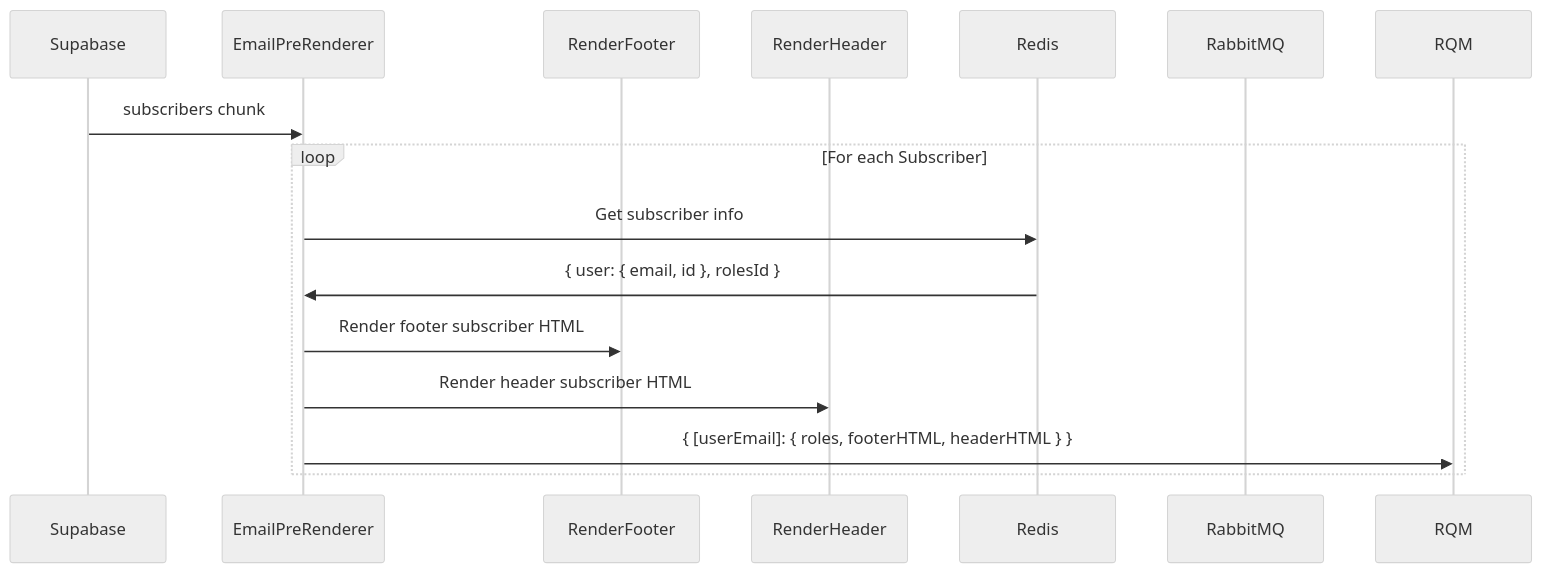
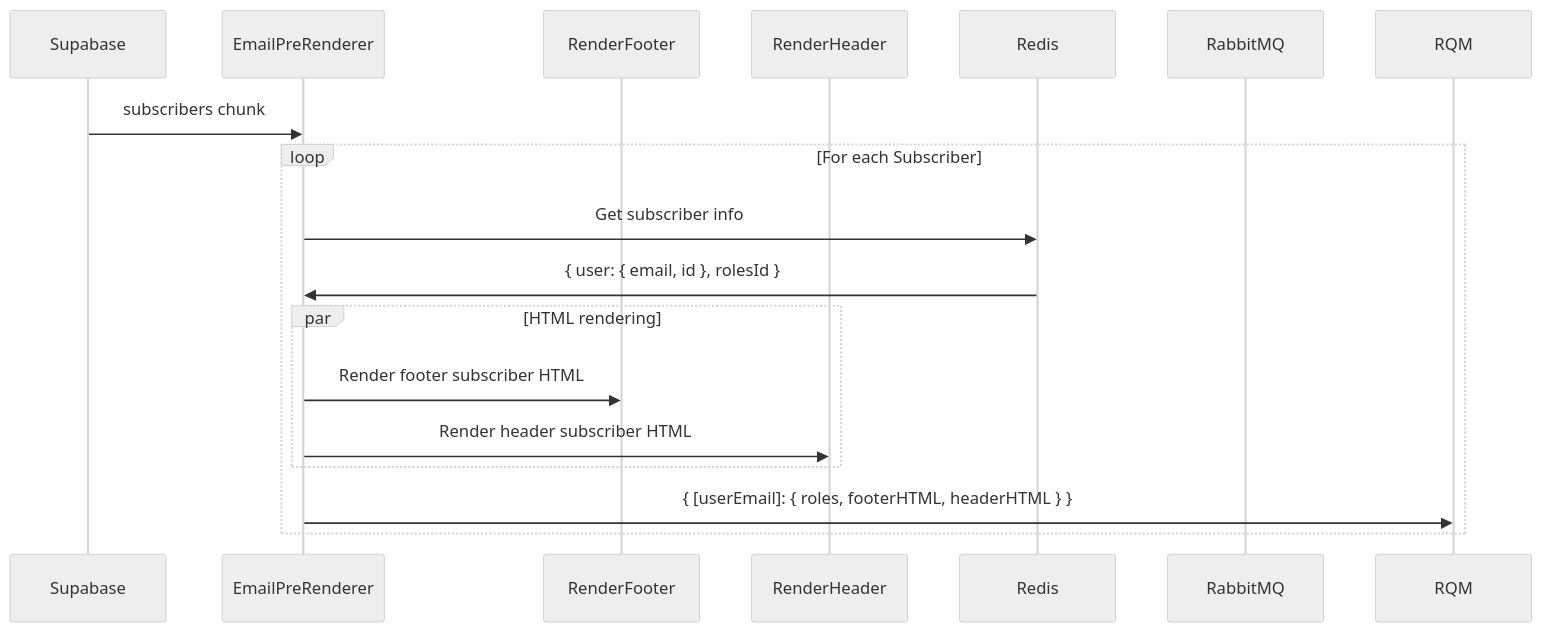
Before and after one commit to ocodista/trampar-de-casa: the diagram in apps/workers/email-pre-renderer/README.md, drawn with Mermaid (neutral theme).

Commit message:
docs: improve sequence diagram
show actions that happening in parallel

````diff
--- a/apps/workers/email-pre-renderer/README.md
+++ b/apps/workers/email-pre-renderer/README.md
@@ -50,19 +50,21 @@
 ```mermaid
 sequenceDiagram
   participant S as Supabase
   participant E as EmailPreRenderer
   participant RF as RenderFooter
   participant RH as RenderHeader
   participant R as Redis
   Participant RMQ as RabbitMQ
 
   S ->> E: subscribers chunk
   loop For each Subscriber
     E ->> R: Get subscriber info
     R ->> E: { user: { email, id }, rolesId }
-    E ->> RF: Render footer subscriber HTML
-    E ->> RH: Render header subscriber HTML
+    par HTML rendering
+      E ->> RF: Render footer subscriber HTML
+      E ->> RH: Render header subscriber HTML
+    end
     E ->> RQM: { [userEmail]: { roles, footerHTML, headerHTML } }
   end
 
 ```
````
